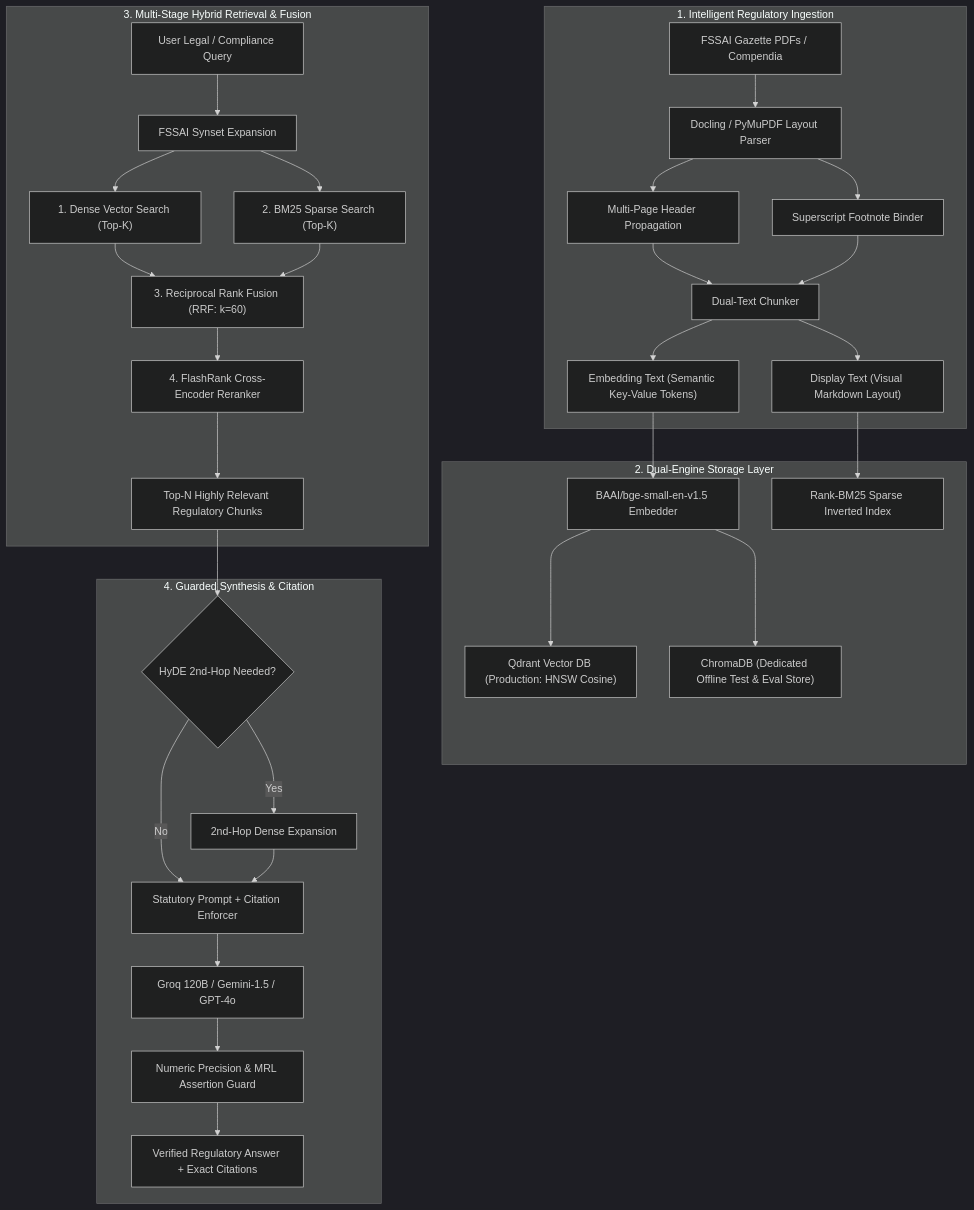
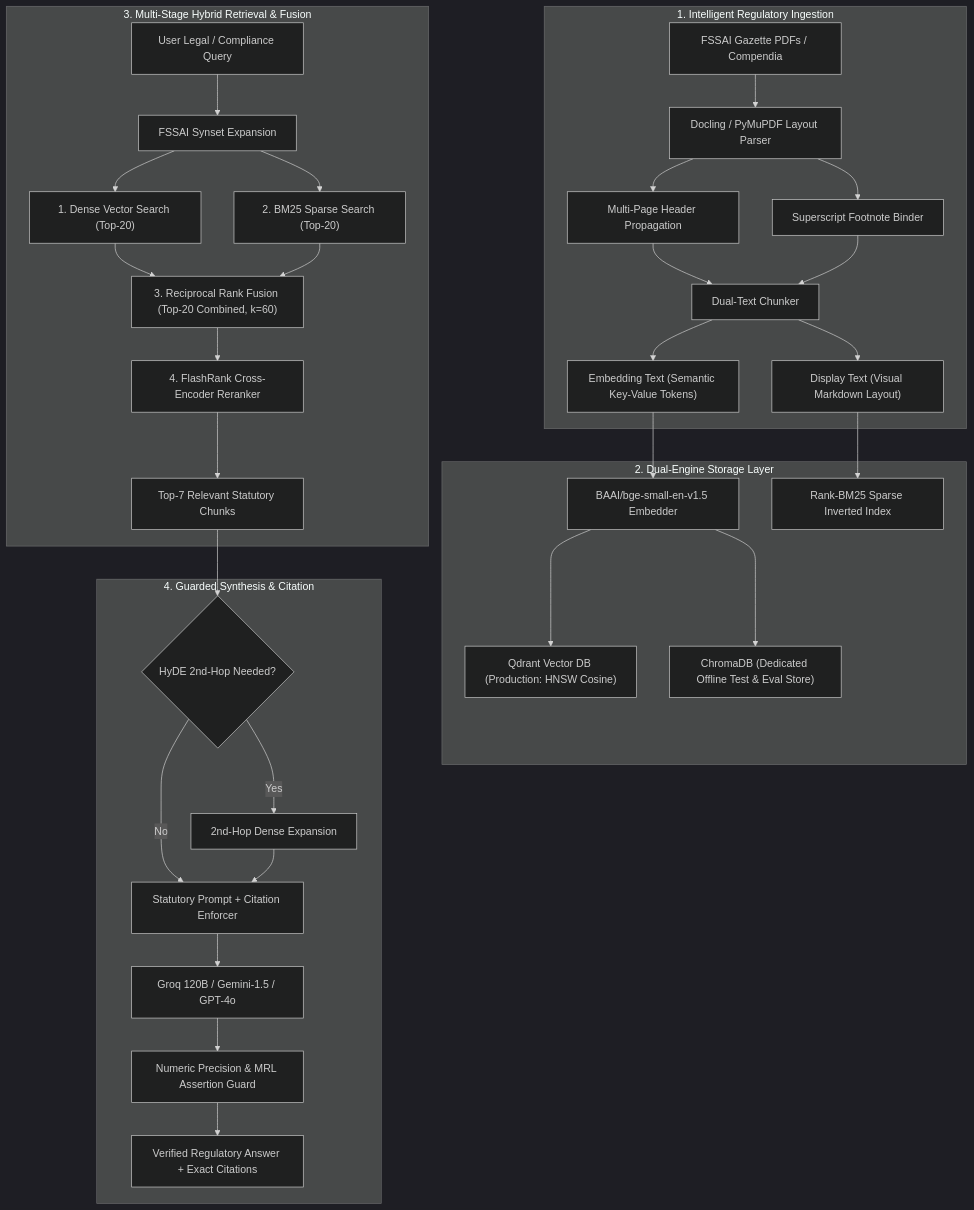
Before and after one commit to Amritray01/NiyamAI: the diagram in README.md, drawn with Mermaid (dark theme). The commit also changed other lines of this file and 8 other files, not shown here.

Commit message:
feat: configure retrieval candidate pool to top 20 dense/bm25 with top 7 cross-encoder reranking

````diff
--- a/README.md
+++ b/README.md
@@ -11,37 +11,37 @@
 ```mermaid
 flowchart TD
     subgraph Ingestion ["1. Intelligent Regulatory Ingestion"]
         PDF["FSSAI Gazette PDFs / Compendia"] --> Parser["Docling / PyMuPDF Layout Parser"]
         Parser --> HeaderProp["Multi-Page Header Propagation"]
         Parser --> FootnoteExt["Superscript Footnote Binder"]
         HeaderProp & FootnoteExt --> Chunker["Dual-Text Chunker"]
         Chunker --> DispText["Display Text (Visual Markdown Layout)"]
         Chunker --> EmbText["Embedding Text (Semantic Key-Value Tokens)"]
     end
 
     subgraph Storage ["2. Dual-Engine Storage Layer"]
         EmbText --> DenseModel["BAAI/bge-small-en-v1.5 Embedder"]
         DenseModel --> Qdrant["Qdrant Vector DB (Production: HNSW Cosine)"]
         DenseModel --> Chroma["ChromaDB (Dedicated Offline Test & Eval Store)"]
         DispText --> BM25["Rank-BM25 Sparse Inverted Index"]
     end
 
     subgraph Retrieval ["3. Multi-Stage Hybrid Retrieval & Fusion"]
         Query["User Legal / Compliance Query"] --> Synset["FSSAI Synset Expansion"]
-        Synset --> Dense["1. Dense Vector Search (Top-K)"]
-        Synset --> Sparse["2. BM25 Sparse Search (Top-K)"]
-        Dense & Sparse --> RRF["3. Reciprocal Rank Fusion (RRF: k=60)"]
+        Synset --> Dense["1. Dense Vector Search (Top-20)"]
+        Synset --> Sparse["2. BM25 Sparse Search (Top-20)"]
+        Dense & Sparse --> RRF["3. Reciprocal Rank Fusion (Top-20 Combined, k=60)"]
         RRF --> Reranker["4. FlashRank Cross-Encoder Reranker"]
-        Reranker --> TopDocs["Top-N Highly Relevant Regulatory Chunks"]
+        Reranker --> TopDocs["Top-7 Relevant Statutory Chunks"]
     end
 
     subgraph Generation ["4. Guarded Synthesis & Citation"]
         TopDocs --> HyDEGuard{"HyDE 2nd-Hop Needed?"}
         HyDEGuard -->|Yes| HyDERetrieve["2nd-Hop Dense Expansion"]
         HyDEGuard -->|No| PromptEngine["Statutory Prompt + Citation Enforcer"]
         HyDERetrieve --> PromptEngine
         PromptEngine --> LLM["Groq 120B / Gemini-1.5 / GPT-4o"]
         LLM --> NumericGuard["Numeric Precision & MRL Assertion Guard"]
         NumericGuard --> FinalOut["Verified Regulatory Answer + Exact Citations"]
     end
 ```
````
